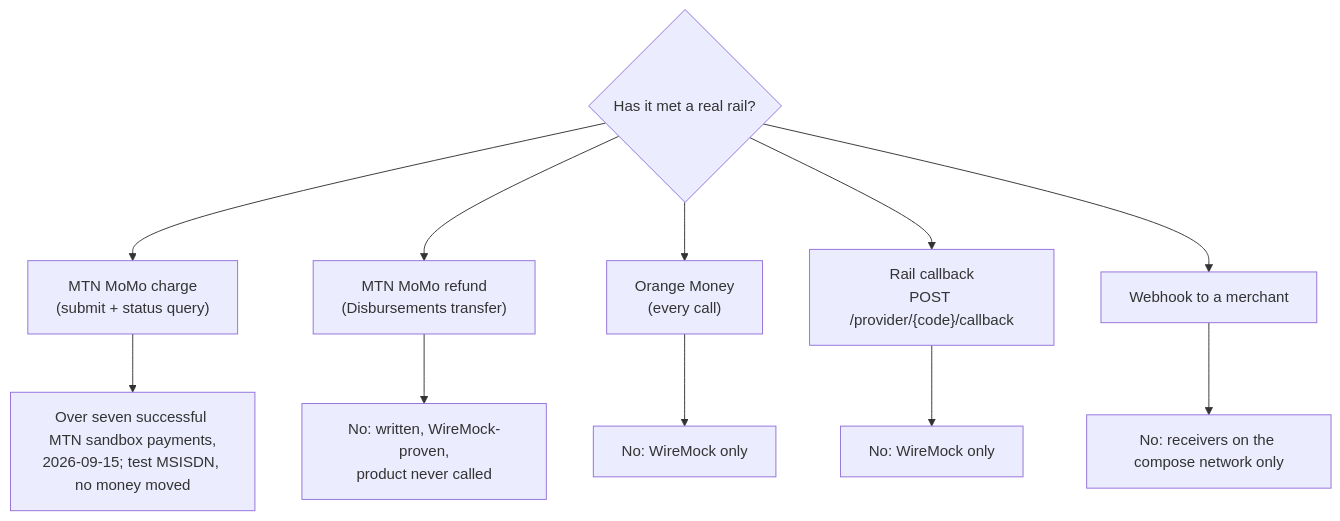
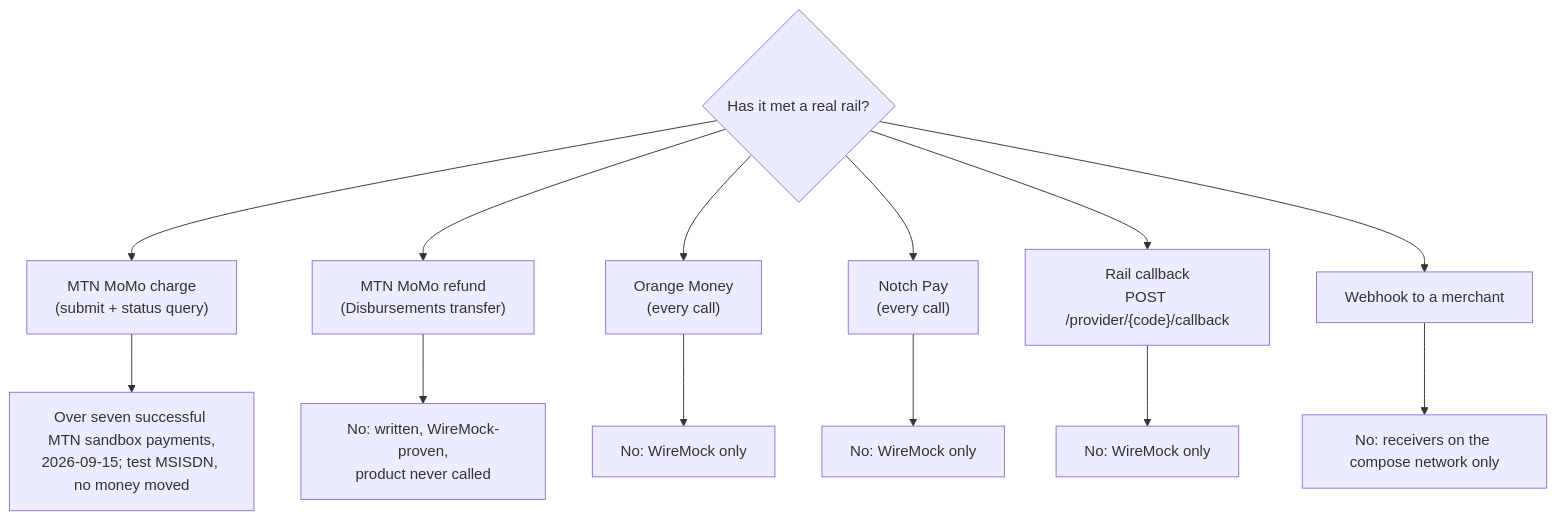
The first of 2 diagrams in docs/guide/status.md (vaam-apps/vpay-docs), drawn with Mermaid before and after one commit. The commit also changed other lines of this file and 36 other files, not shown here.

````diff
--- a/docs/guide/status.md
+++ b/docs/guide/status.md
@@ -61,14 +64,16 @@
 ```mermaid
 flowchart TD
     Q{"Has it met a real rail?"}
     Q --> A["MTN MoMo charge<br/>(submit + status query)"]
     Q --> B["MTN MoMo refund<br/>(Disbursements transfer)"]
     Q --> C["Orange Money<br/>(every call)"]
+    Q --> N["Notch Pay<br/>(every call)"]
     Q --> D["Rail callback<br/>POST /provider/{code}/callback"]
     Q --> E["Webhook to a merchant"]
     A --> A1["Over seven successful MTN sandbox payments,<br/>2026-09-15; test MSISDN, no money moved"]
     B --> B1["No: written, WireMock-proven,<br/>product never called"]
     C --> C1["No: WireMock only"]
+    N --> N1["No: WireMock only"]
     D --> D1["No: WireMock only"]
     E --> E1["No: receivers on the compose network only"]
 ```
````
